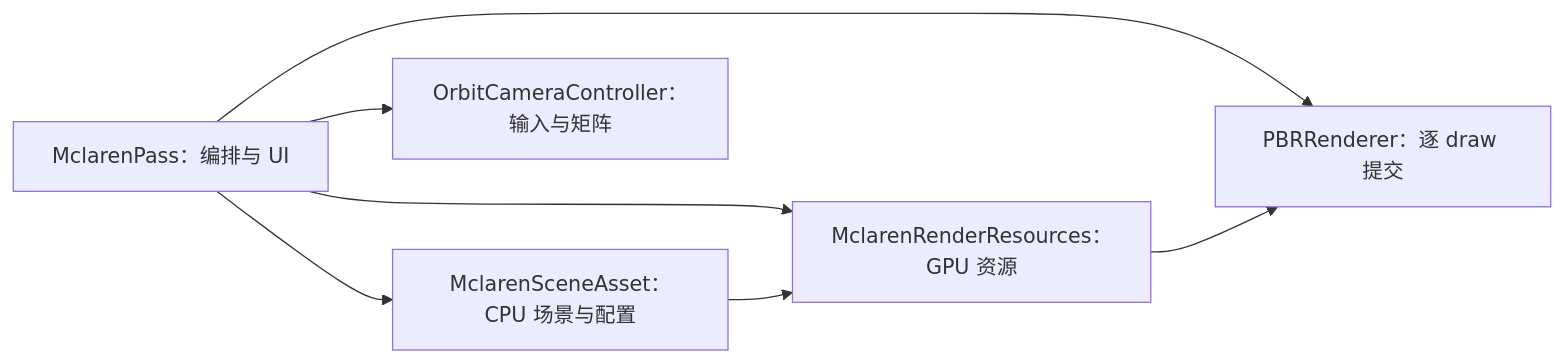
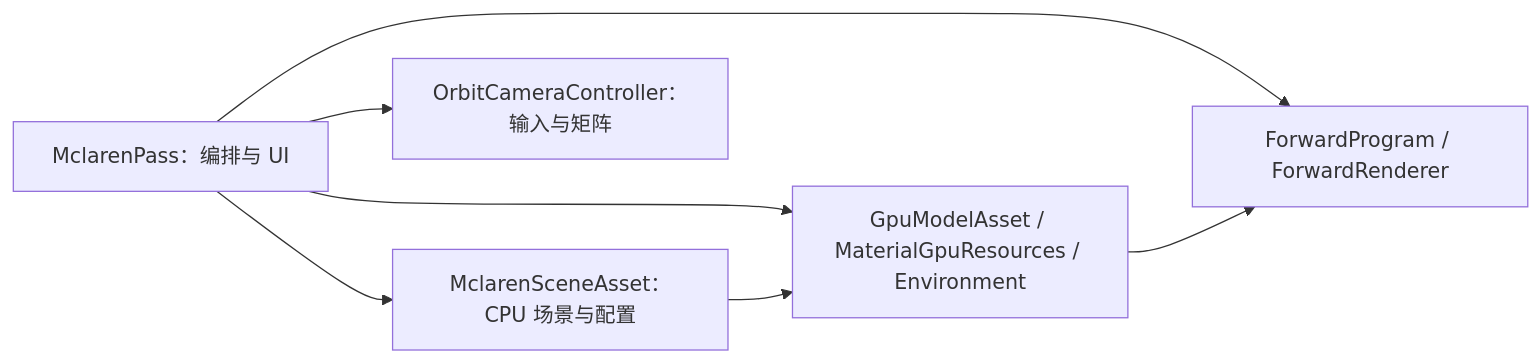
The diagram in docs/design/04-triangle-example-tech.md (Cyberyb/KuEngine), drawn with Mermaid before and after one commit. The commit also changed other lines of this file and 143 other files, not shown here.

````diff
--- a/docs/design/04-triangle-example-tech.md
+++ b/docs/design/04-triangle-example-tech.md
@@ -34,14 +38,14 @@
 ```mermaid
 flowchart LR
     Pass["MclarenPass：编排与 UI"]
     Scene["MclarenSceneAsset：CPU 场景与配置"]
     Camera["OrbitCameraController：输入与矩阵"]
-    Resources["MclarenRenderResources：GPU 资源"]
-    PBR["PBRRenderer：逐 draw 提交"]
+    Resources["GpuModelAsset / MaterialGpuResources / Environment"]
+    PBR["ForwardProgram / ForwardRenderer"]
     Pass --> Scene
     Pass --> Camera
     Pass --> Resources
     Pass --> PBR
     Scene --> Resources
     Resources --> PBR
 ```
````
